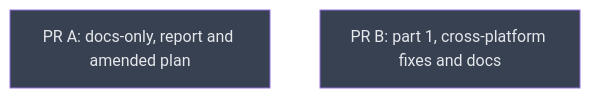
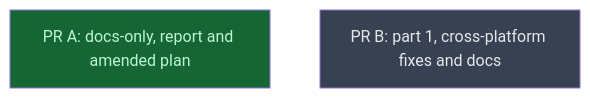
The diagram in __roadmap__/v0214-sandbox/README.md (LittleCoinCoin/hypomnesis), drawn with Mermaid before and after one commit. The commit also changed other lines of this file and 1 other file, not shown here.

First line of the commit message:
docs(roadmap): mark docs_pr done — PR A open as #6 with CI green

````diff
--- a/__roadmap__/v0214-sandbox/README.md
+++ b/__roadmap__/v0214-sandbox/README.md
@@ -54,10 +54,10 @@
 ```mermaid
 graph TD
-    docs_pr[PR A: docs-only, report and amended plan]:::planned
+    docs_pr[PR A: docs-only, report and amended plan]:::done
     part1[PR B: part 1, cross-platform fixes and docs]:::planned
     classDef done       fill:#166534,color:#bbf7d0
     classDef inprogress fill:#854d0e,color:#fef08a
     classDef planned    fill:#374151,color:#e5e7eb
     classDef amendment  fill:#1e3a5f,color:#bfdbfe
     classDef blocked    fill:#7f1d1d,color:#fecaca
 ```
````
